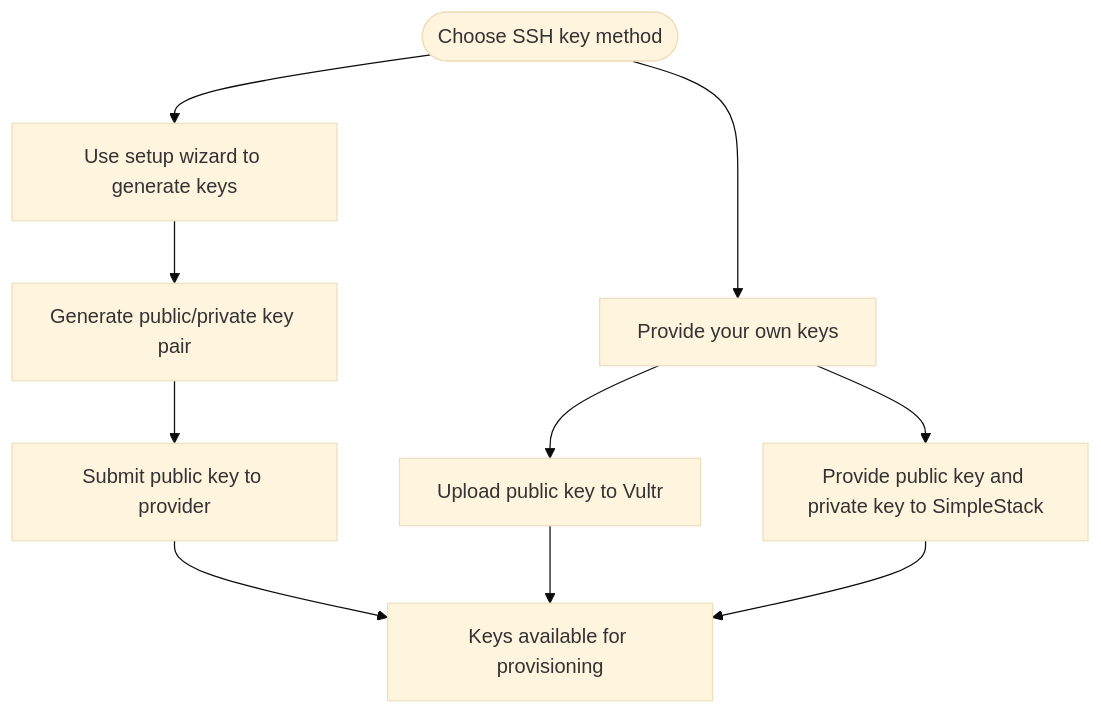
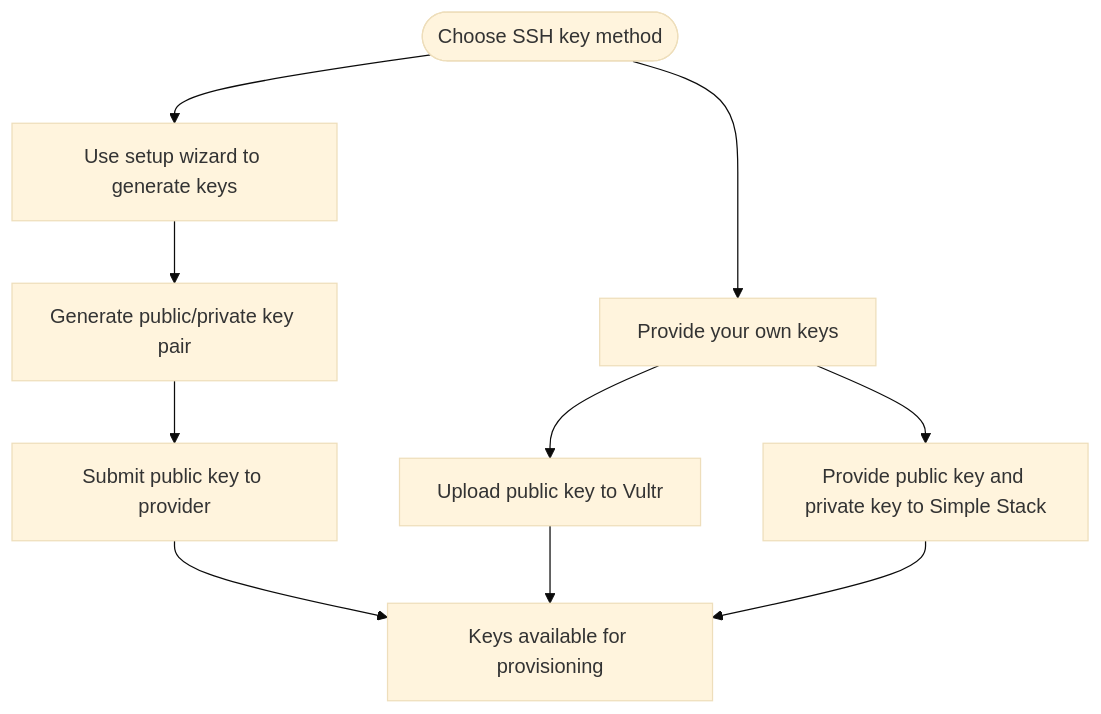
The fourth of 6 diagrams in .qoder/repowiki/en/content/Getting Started.md (onedogsolutions/simple-stack), drawn with Mermaid (base theme) before and after one commit. The commit also changed other lines of this file and 5941 other files, not shown here.

First line of the commit message:
refactor(core): rebrand WPCloudDeploy to Simple Stack with new namespaces and prefixes

````diff
--- a/.qoder/repowiki/en/content/Getting Started.md
+++ b/.qoder/repowiki/en/content/Getting Started.md
@@ -176,12 +176,12 @@
 ```mermaid
 flowchart TD
 Start(["Choose SSH key method"]) --> Wizard["Use setup wizard to generate keys"]
 Start --> Manual["Provide your own keys"]
 Wizard --> Generate["Generate public/private key pair"]
 Generate --> Upload["Submit public key to provider"]
 Manual --> Vultr["Upload public key to Vultr"]
-Manual --> Upcloud["Provide public key and private key to SimpleStack"]
+Manual --> Upcloud["Provide public key and private key to Simple Stack"]
 Upload --> Available["Keys available for provisioning"]
 Vultr --> Available
 Upcloud --> Available
 ```
````
